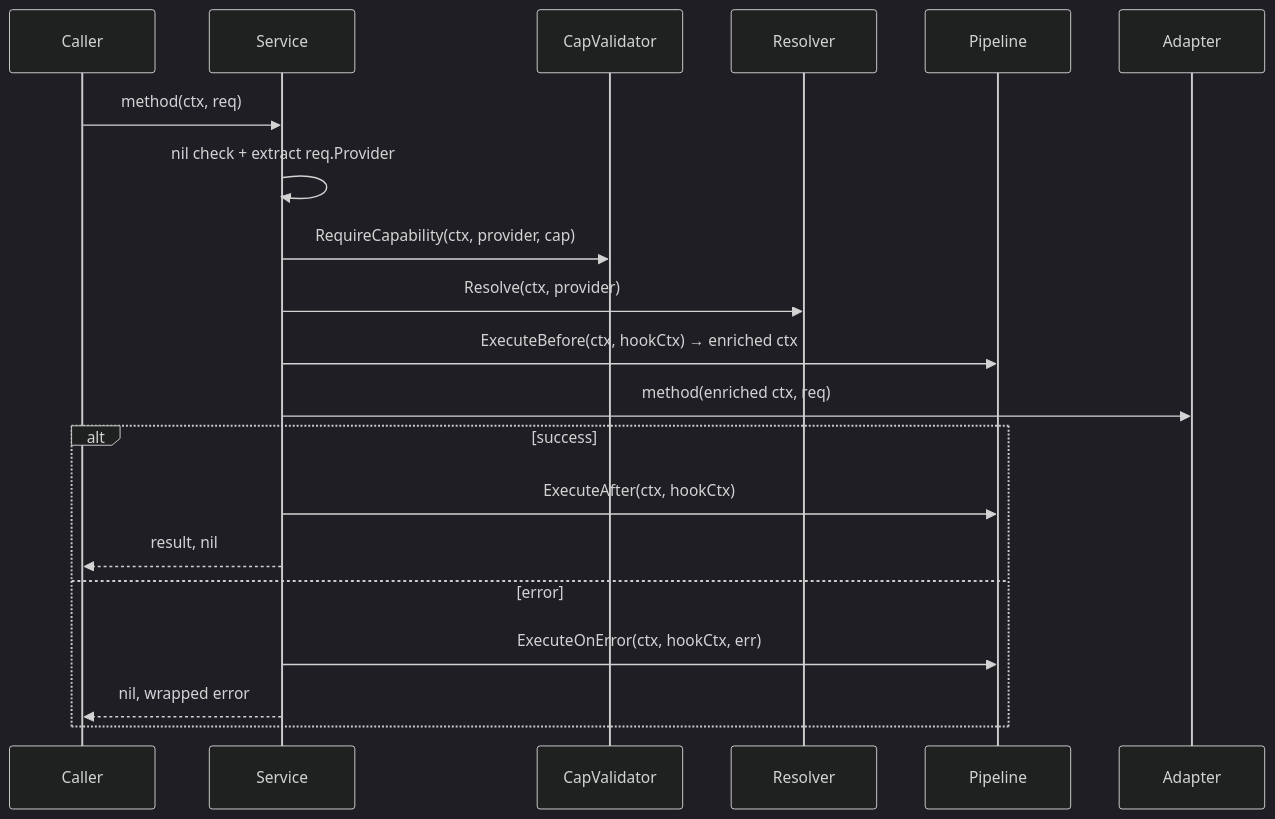
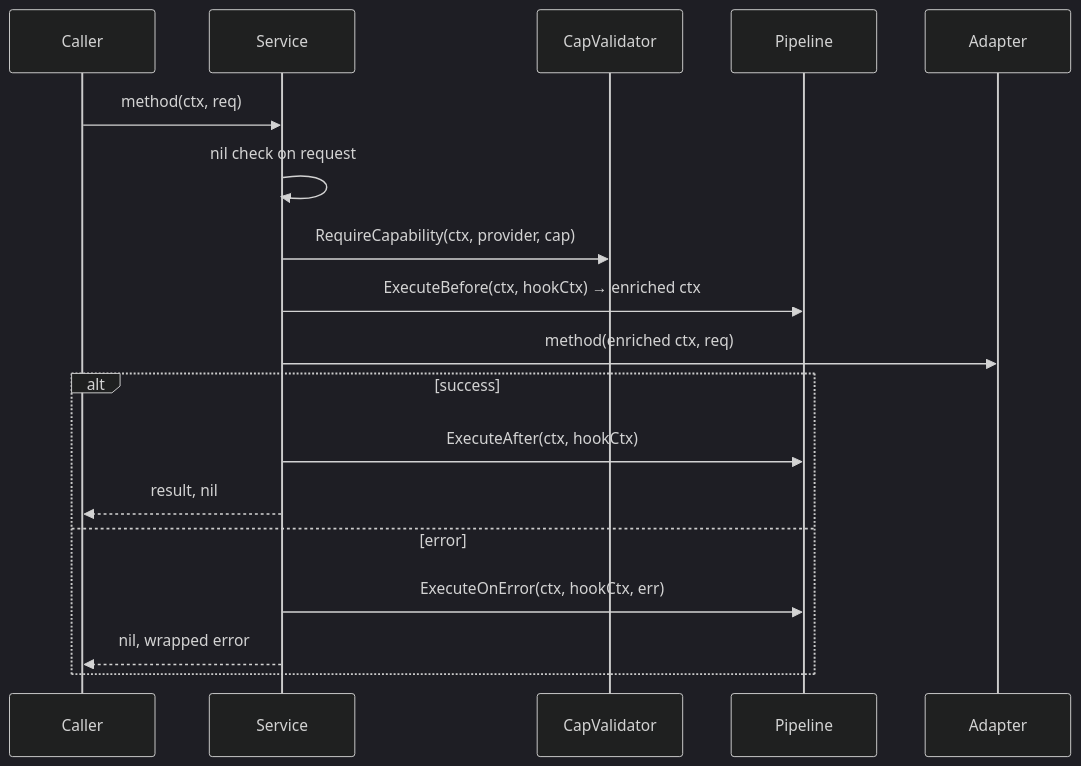
Before and after one commit to Bytonomics/multipay-india: the second of 5 diagrams in DESIGN.md, drawn with Mermaid (dark theme). The commit also changed other lines of this file and 16 other files, not shown here.

````diff
--- a/DESIGN.md
+++ b/DESIGN.md
@@ -34,16 +33,15 @@
 ```mermaid
 sequenceDiagram
     Caller->>Service: method(ctx, req)
-    Service->>Service: nil check + extract req.Provider
+    Service->>Service: nil check on request
     Service->>CapValidator: RequireCapability(ctx, provider, cap)
-    Service->>Resolver: Resolve(ctx, provider)
     Service->>Pipeline: ExecuteBefore(ctx, hookCtx) → enriched ctx
     Service->>Adapter: method(enriched ctx, req)
     alt success
         Service->>Pipeline: ExecuteAfter(ctx, hookCtx)
         Service-->>Caller: result, nil
     else error
         Service->>Pipeline: ExecuteOnError(ctx, hookCtx, err)
         Service-->>Caller: nil, wrapped error
     end
 ```
````
